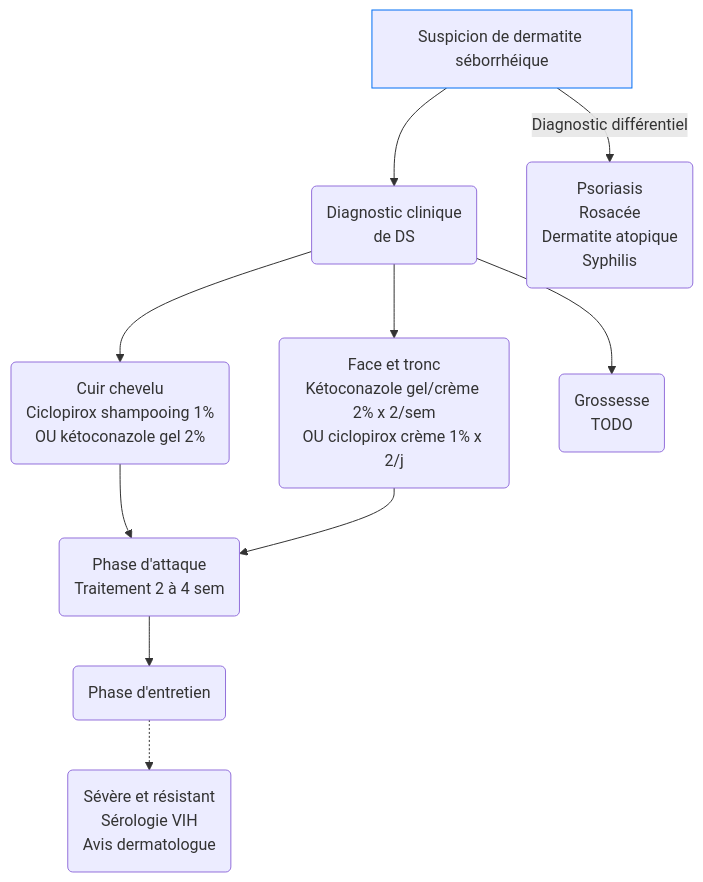
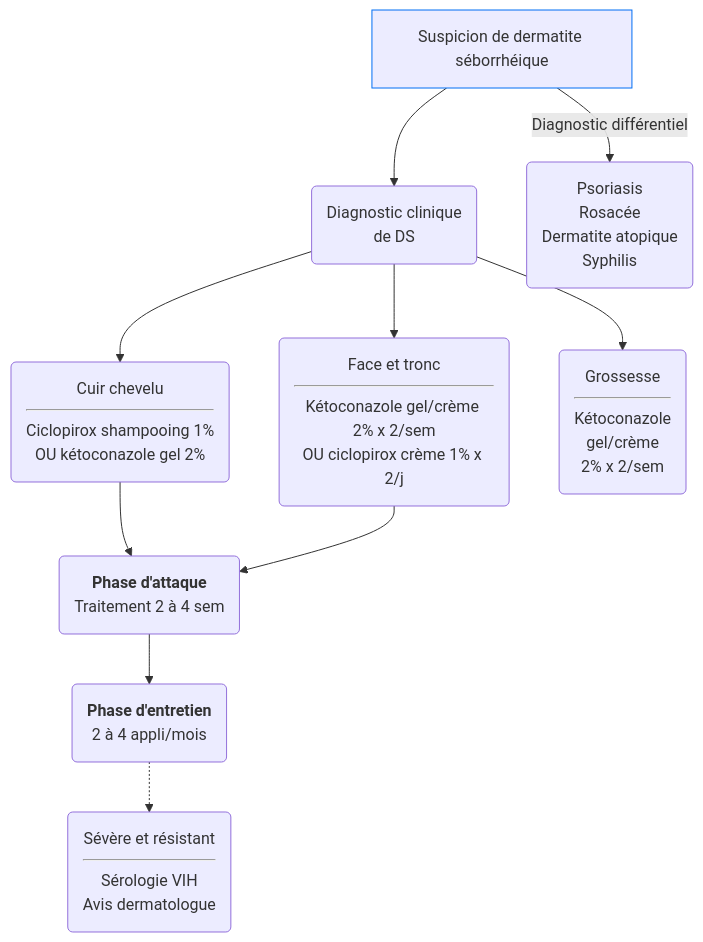
The diagram in content/recommandations/dermatite-seborrheique.md (djibe/recommandations-medicales), drawn with Mermaid before and after one commit. The commit also changed other lines of this file and 4 other files, not shown here.

```diff
--- a/content/recommandations/dermatite-seborrheique.md
+++ b/content/recommandations/dermatite-seborrheique.md
@@ -168,13 +159,13 @@
 {{< mermaid title="Conduite à tenir devant une dermatite séborrhéique" >}}
 graph TB
   suspicion[Suspicion de dermatite séborrhéique] --> diagnostic(Diagnostic clinique<br>de DS)
   style suspicion stroke:#006ef4, stroke-width:1px
   suspicion -- Diagnostic différentiel --> differentiel(Psoriasis<br>Rosacée<br>Dermatite atopique<br>Syphilis)
-  diagnostic --> scalp(Cuir chevelu<br>Ciclopirox shampooing 1%<br>OU kétoconazole gel 2%)
-  diagnostic --> face(Face et tronc<br>Kétoconazole gel/crème 2% x 2/sem<br>OU ciclopirox crème 1% x 2/j)
-  diagnostic --> grossesse(Grossesse<br>TODO)
-    scalp --> attaque(Phase d'attaque<br>Traitement 2 à 4 sem)
+  diagnostic --> scalp(Cuir chevelu<hr>Ciclopirox shampooing 1%<br>OU kétoconazole gel 2%)
+  diagnostic --> face(Face et tronc<hr>Kétoconazole gel/crème 2% x 2/sem<br>OU ciclopirox crème 1% x 2/j)
+  diagnostic --> grossesse(Grossesse<hr>Kétoconazole<br>gel/crème<br>2% x 2/sem)
+    scalp --> attaque(<b>Phase d'attaque</b><br>Traitement 2 à 4 sem)
     face --> attaque
-      attaque --> entretien(Phase d'entretien)
-        entretien -.-> severe(Sévère et résistant<br>Sérologie VIH<br>Avis dermatologue)
+      attaque --> entretien(<b>Phase d'entretien</b><br>2 à 4 appli/mois)
+        entretien -.-> severe(Sévère et résistant<hr>Sérologie VIH<br>Avis dermatologue)
 {{< /mermaid >}}
```
